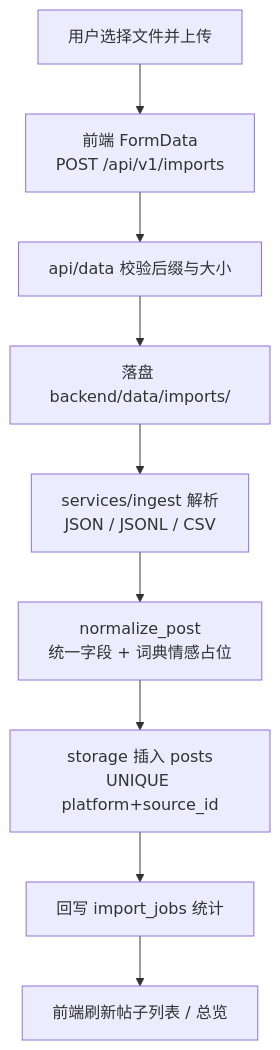
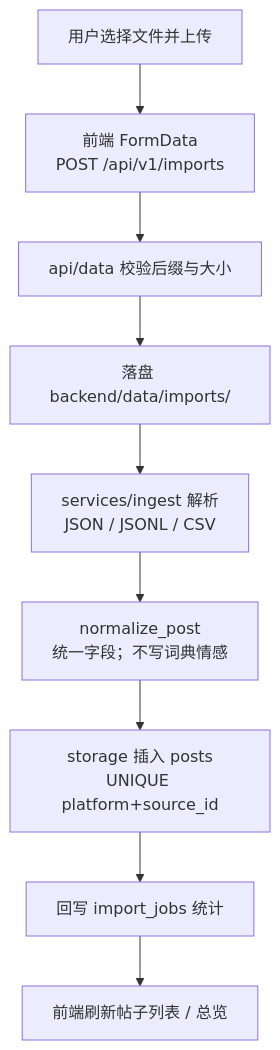
The second of 13 diagrams in docs/diagrams.md (LinJJ12/yuqing), drawn with Mermaid before and after one commit. The commit also changed other lines of this file and 27 other files, not shown here.

````diff
--- a/docs/diagrams.md
+++ b/docs/diagrams.md
@@ -32,11 +32,11 @@
 ```mermaid
 flowchart TD
     A[用户选择文件并上传] --> B[前端 FormData<br/>POST /api/v1/imports]
     B --> C[api/data 校验后缀与大小]
     C --> D[落盘 backend/data/imports/]
     D --> E[services/ingest 解析<br/>JSON / JSONL / CSV]
-    E --> F[normalize_post<br/>统一字段 + 词典情感占位]
+    E --> F[normalize_post<br/>统一字段；不写词典情感]
     F --> G[storage 插入 posts<br/>UNIQUE platform+source_id]
     G --> H[回写 import_jobs 统计]
     H --> I[前端刷新帖子列表 / 总览]
 ```
````
